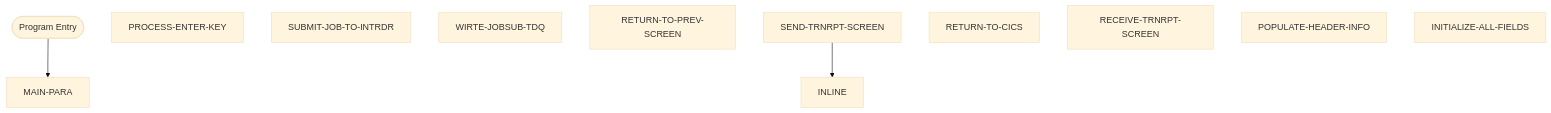
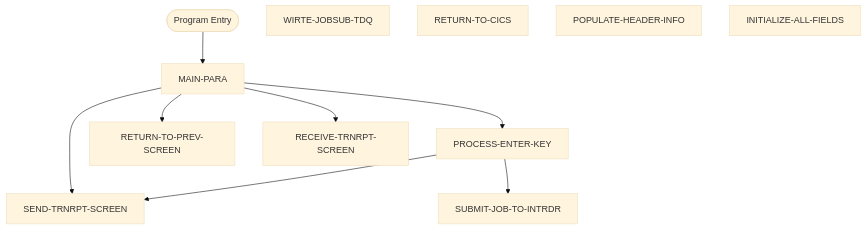
One commit to Arun973150/new_doc changed the second of 2 diagrams in Unisys_doc-main/doc_demo/docs/programs/CORPT00C.md. Above: the diagram before and after it, drawn with Mermaid (base theme). The commit also changed other lines of this file and 716 other files, not shown here.

````diff
--- a/Unisys_doc-main/doc_demo/docs/programs/CORPT00C.md
+++ b/Unisys_doc-main/doc_demo/docs/programs/CORPT00C.md
@@ -377,16 +378,21 @@
 ```mermaid
 flowchart TD
     START([Program Entry])
     MAIN_PARA["MAIN-PARA"]
     PROCESS_ENTER_KEY["PROCESS-ENTER-KEY"]
     SUBMIT_JOB_TO_INTRDR["SUBMIT-JOB-TO-INTRDR"]
     WIRTE_JOBSUB_TDQ["WIRTE-JOBSUB-TDQ"]
     RETURN_TO_PREV_SCREEN["RETURN-TO-PREV-SCREEN"]
     SEND_TRNRPT_SCREEN["SEND-TRNRPT-SCREEN"]
     RETURN_TO_CICS["RETURN-TO-CICS"]
     RECEIVE_TRNRPT_SCREEN["RECEIVE-TRNRPT-SCREEN"]
     POPULATE_HEADER_INFO["POPULATE-HEADER-INFO"]
     INITIALIZE_ALL_FIELDS["INITIALIZE-ALL-FIELDS"]
     START --> MAIN_PARA
-    SEND_TRNRPT_SCREEN --> INLINE
+    MAIN_PARA --> RETURN_TO_PREV_SCREEN
+    MAIN_PARA --> SEND_TRNRPT_SCREEN
+    MAIN_PARA --> RECEIVE_TRNRPT_SCREEN
+    MAIN_PARA --> PROCESS_ENTER_KEY
+    PROCESS_ENTER_KEY --> SUBMIT_JOB_TO_INTRDR
+    PROCESS_ENTER_KEY --> SEND_TRNRPT_SCREEN
 ```
````
